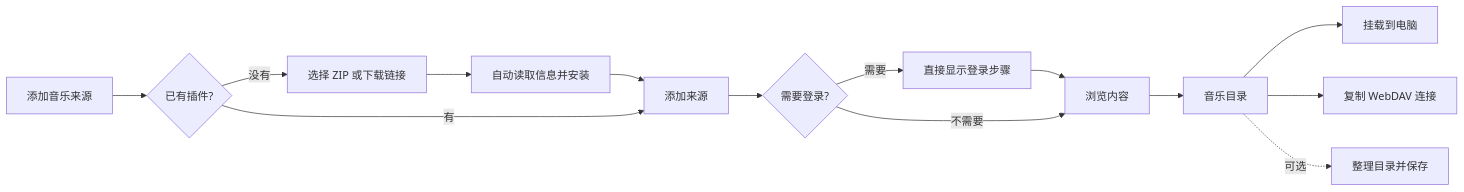
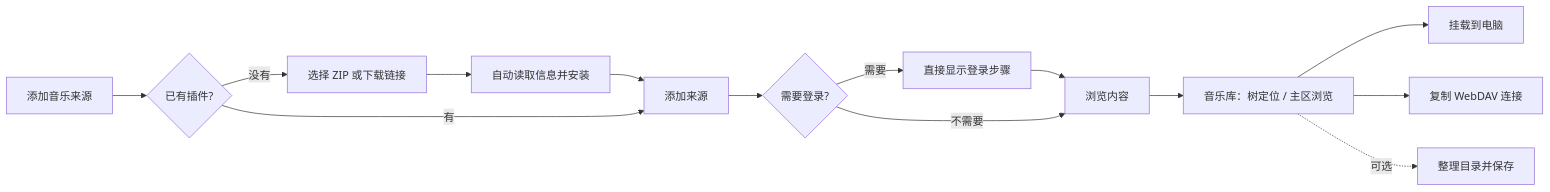
Before and after one commit to shengyusi-SYS/musicfs: the first of 2 diagrams in docs/architecture/web-ui.md, drawn with Mermaid. The commit also changed other lines of this file and 8 other files, not shown here.

````diff
--- a/docs/architecture/web-ui.md
+++ b/docs/architecture/web-ui.md
@@ -13,16 +23,16 @@
 ```mermaid
 flowchart LR
   A[添加音乐来源] --> B{已有插件?}
   B -->|没有| C[选择 ZIP 或下载链接]
   C --> D[自动读取信息并安装]
   D --> E[添加来源]
   B -->|有| E
   E --> F{需要登录?}
   F -->|需要| G[直接显示登录步骤]
   G --> H[浏览内容]
   F -->|不需要| H
-  H --> I[音乐目录]
+  H --> I[音乐库：树定位 / 主区浏览]
   I --> J[挂载到电脑]
   I --> K[复制 WebDAV 连接]
   I -. 可选 .-> L[整理目录并保存]
 ```
````
